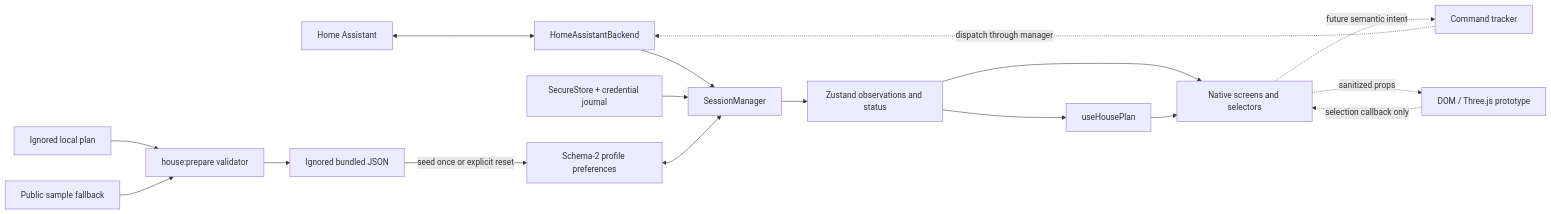
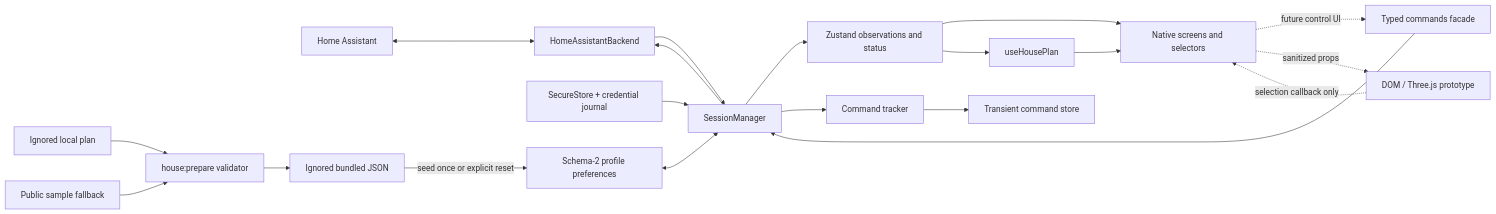
The diagram in docs/BACKLOG.md (Jeremya/cockpit-home-assistant), drawn with Mermaid before and after one commit. The commit also changed other lines of this file and 29 other files, not shown here.

````diff
--- a/docs/BACKLOG.md
+++ b/docs/BACKLOG.md
@@ -25,19 +25,22 @@
 ```mermaid
 flowchart LR
   HA[Home Assistant] <--> Backend[HomeAssistantBackend]
   Backend --> Manager[SessionManager]
   Credentials[SecureStore + credential journal] --> Manager
   Prefs[Schema-2 profile preferences] <--> Manager
   Manager --> Store[Zustand observations and status]
   Store --> Native[Native screens and selectors]
   Local[Ignored local plan] --> Prepare[house:prepare validator]
   Sample[Public sample fallback] --> Prepare
   Prepare --> Bundle[Ignored bundled JSON]
   Bundle -->|seed once or explicit reset| Prefs
   Store --> Plan[useHousePlan]
   Plan --> Native
-  Native -. future semantic intent .-> Tracker[Command tracker]
-  Tracker -. dispatch through manager .-> Backend
+  Native -. future control UI .-> Commands[Typed commands facade]
+  Commands --> Manager
+  Manager --> Backend
+  Manager --> Tracker[Command tracker]
+  Tracker --> Outcomes[Transient command store]
   Native -. sanitized props .-> Scene[DOM / Three.js prototype]
   Scene -. selection callback only .-> Native
 ```
````
